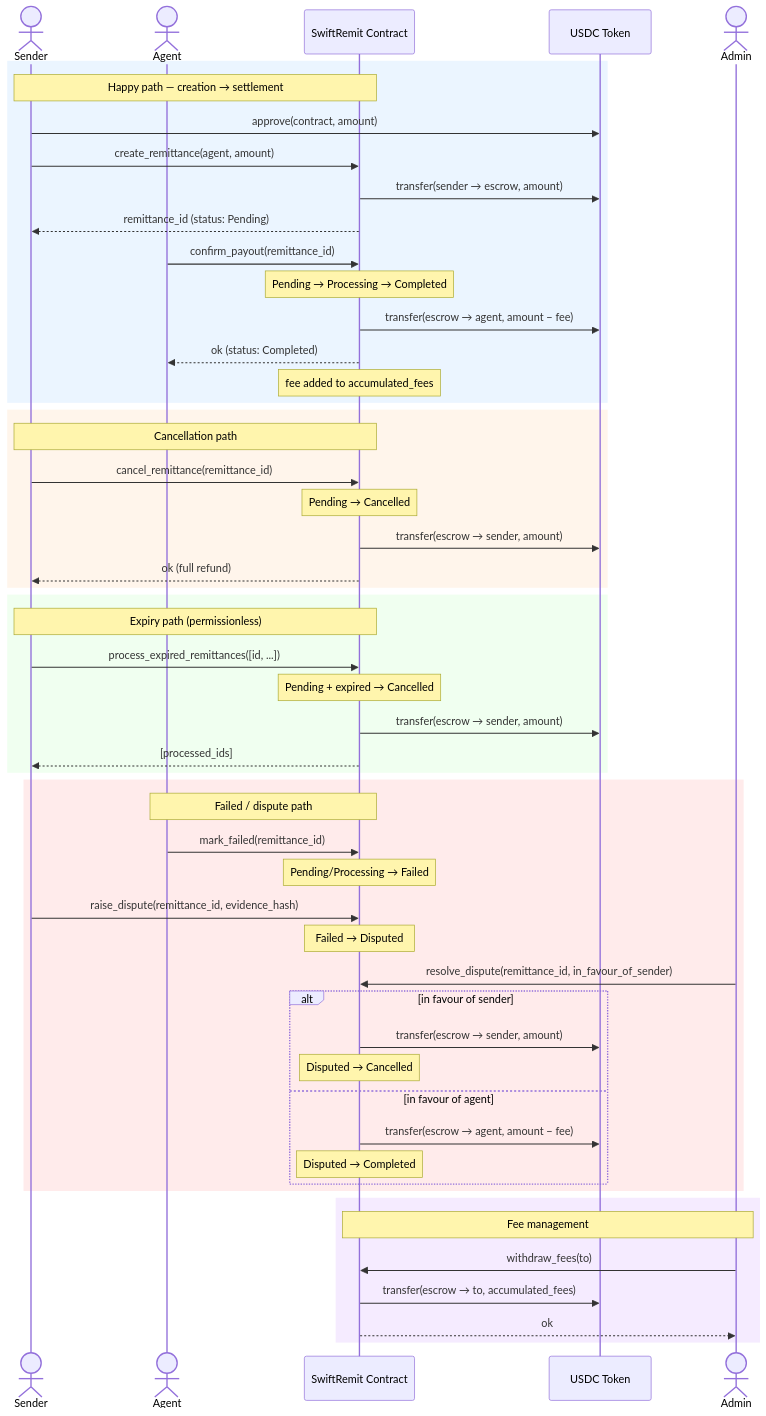
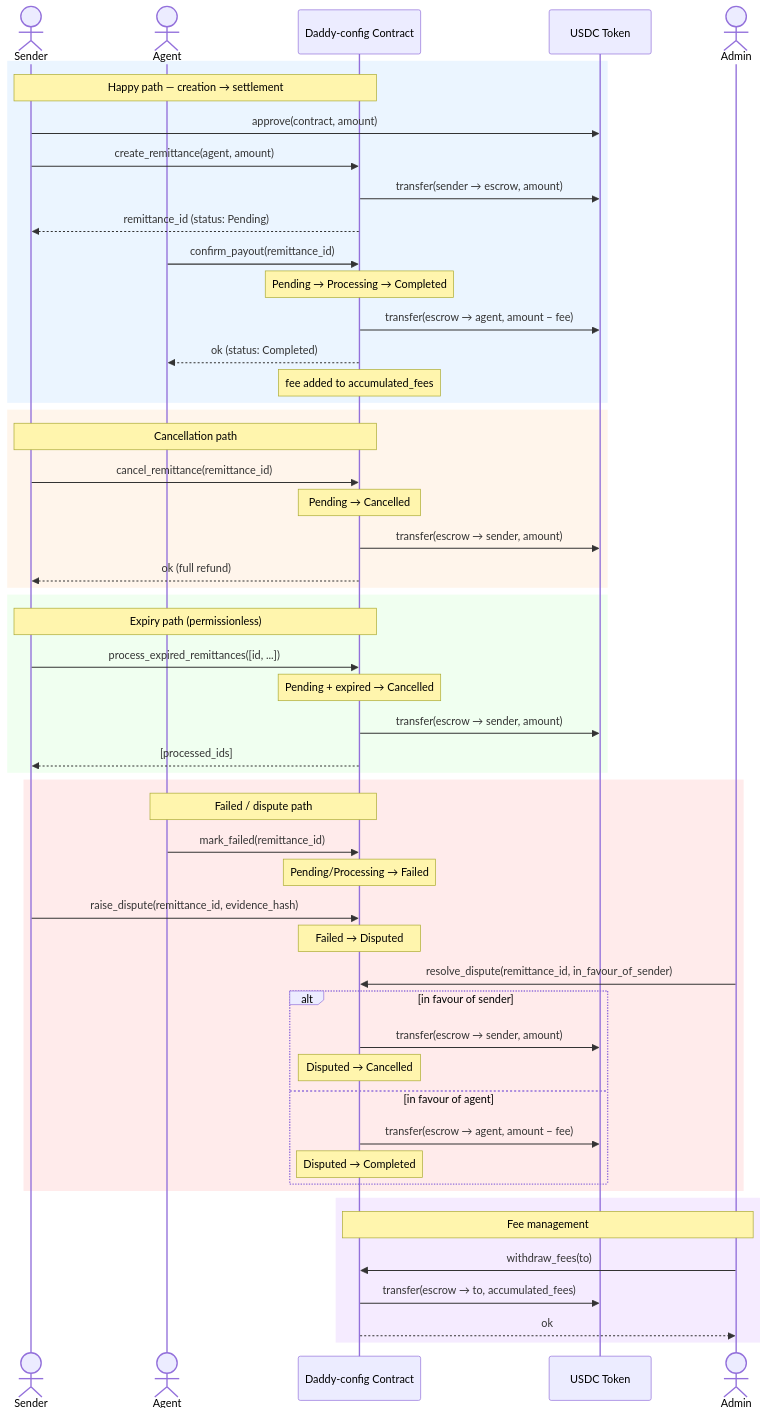
Before and after one commit to leviso74/daddy-config: the second of 2 diagrams in README.md, drawn with Mermaid. The commit also changed other lines of this file and 326 other files, not shown here.

First line of the commit message:
Initial commit: Daddy-config Soroban smart contract for USDC remittance platform

````diff
--- a/README.md
+++ b/README.md
@@ -363,61 +363,61 @@
 ```mermaid
 sequenceDiagram
     actor Sender
     actor Agent
-    participant Contract as SwiftRemit Contract
+    participant Contract as Daddy-config Contract
     participant USDC as USDC Token
     actor Admin
 
     rect rgb(235, 245, 255)
         Note over Sender,Contract: Happy path — creation → settlement
         Sender->>USDC: approve(contract, amount)
         Sender->>Contract: create_remittance(agent, amount)
         Contract->>USDC: transfer(sender → escrow, amount)
         Contract-->>Sender: remittance_id (status: Pending)
 
         Agent->>Contract: confirm_payout(remittance_id)
         Note over Contract: Pending → Processing → Completed
         Contract->>USDC: transfer(escrow → agent, amount − fee)
         Contract-->>Agent: ok (status: Completed)
         Note over Contract: fee added to accumulated_fees
     end
 
     rect rgb(255, 245, 235)
         Note over Sender,Contract: Cancellation path
         Sender->>Contract: cancel_remittance(remittance_id)
         Note over Contract: Pending → Cancelled
         Contract->>USDC: transfer(escrow → sender, amount)
         Contract-->>Sender: ok (full refund)
     end
 
     rect rgb(240, 255, 240)
         Note over Sender,Contract: Expiry path (permissionless)
         Sender->>Contract: process_expired_remittances([id, ...])
         Note over Contract: Pending + expired → Cancelled
         Contract->>USDC: transfer(escrow → sender, amount)
         Contract-->>Sender: [processed_ids]
     end
 
     rect rgb(255, 235, 235)
         Note over Agent,Contract: Failed / dispute path
         Agent->>Contract: mark_failed(remittance_id)
         Note over Contract: Pending/Processing → Failed
         Sender->>Contract: raise_dispute(remittance_id, evidence_hash)
         Note over Contract: Failed → Disputed
         Admin->>Contract: resolve_dispute(remittance_id, in_favour_of_sender)
         alt in favour of sender
             Contract->>USDC: transfer(escrow → sender, amount)
             Note over Contract: Disputed → Cancelled
         else in favour of agent
             Contract->>USDC: transfer(escrow → agent, amount − fee)
             Note over Contract: Disputed → Completed
         end
     end
 
     rect rgb(245, 235, 255)
         Note over Admin,Contract: Fee management
         Admin->>Contract: withdraw_fees(to)
         Contract->>USDC: transfer(escrow → to, accumulated_fees)
         Contract-->>Admin: ok
     end
 ```
````
